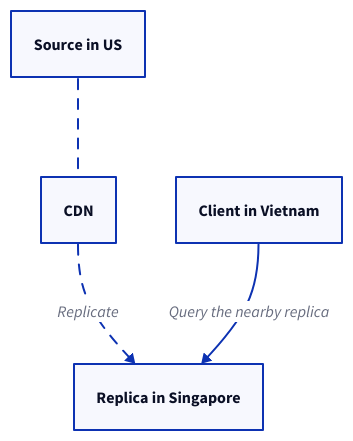
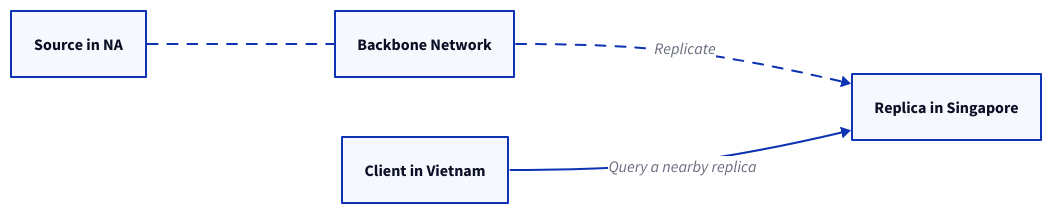
One commit to link1905/system-design-101 changed diagram 18 of 19 in content/docs/data-persistence/media-storage.md. Above: the diagram before and after it, drawn with D2. The commit also changed other lines of this file and 40 other files, not shown here.

````diff
--- a/content/docs/data-persistence/media-storage.md
+++ b/content/docs/data-persistence/media-storage.md
@@ -499,21 +553,22 @@
 ```d2
-cdn: CDN {
-  class: cdn
-}
+direction: right
 c: Client in Vietnam {
   class: client
 }
 o: Replica in Singapore {
   class: db
 }
-s: Source in US {
+cdn: Backbone Network {
+  class: cdn
+}
+s: Source in NA {
   class: db
 }
 s -- cdn {
   style.animated: true
 }
 cdn -> o: Replicate {
   style.animated: true
 }
-c -> o: Query the nearby replica
+c -> o: Query a nearby replica
 ```
````
